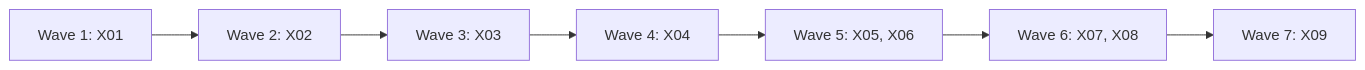
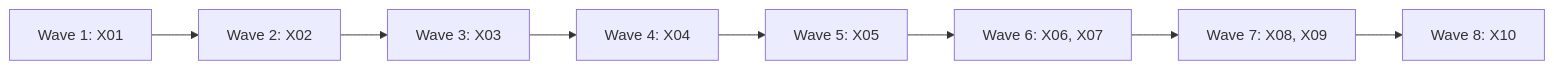
One commit to alfhen/gossamr-app changed the diagram in docs/plan-codex-runner.md. Above: the diagram before and after it, drawn with Mermaid. The commit also changed other lines of this file, not shown here.

````diff
--- a/docs/plan-codex-runner.md
+++ b/docs/plan-codex-runner.md
@@ -98,9 +98,10 @@
 ```mermaid
 flowchart LR
   W1[Wave 1: X01] --> W2[Wave 2: X02]
   W2 --> W3[Wave 3: X03]
   W3 --> W4[Wave 4: X04]
-  W4 --> W5[Wave 5: X05, X06]
-  W5 --> W6[Wave 6: X07, X08]
-  W6 --> W7[Wave 7: X09]
+  W4 --> W5[Wave 5: X05]
+  W5 --> W6[Wave 6: X06, X07]
+  W6 --> W7[Wave 7: X08, X09]
+  W7 --> W8[Wave 8: X10]
 ```
````
